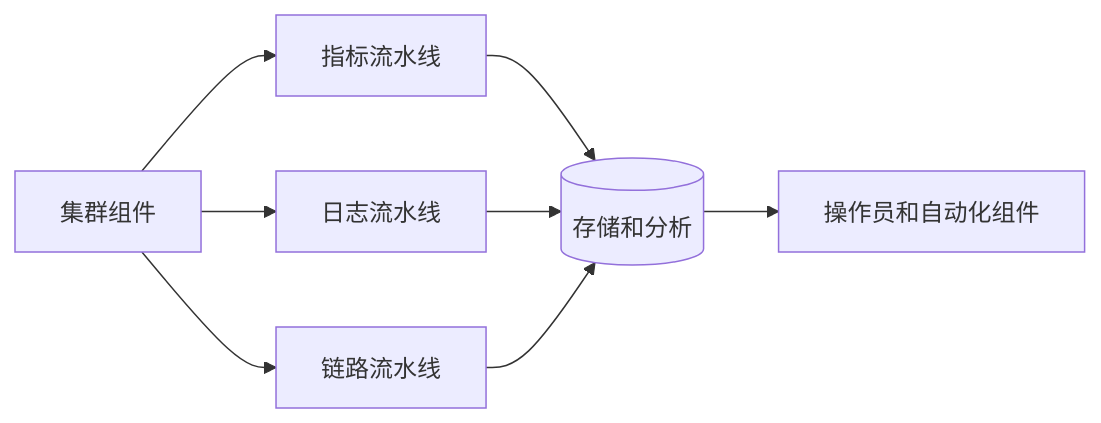
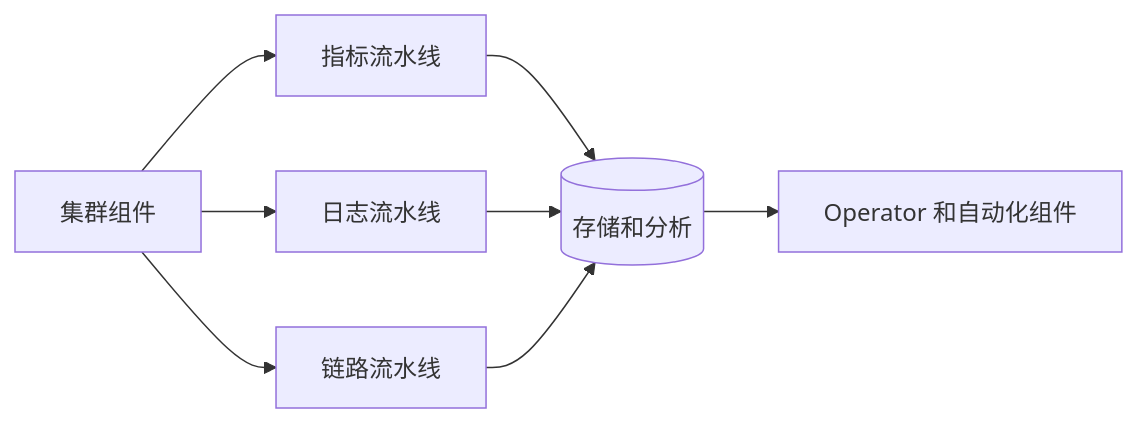
One commit to 365614269/CNCF-Graduated changed the first of 4 diagrams in modules/kubernetes/content/zh-cn/docs/concepts/cluster-administration/observability.md. Above: the diagram before and after it, drawn with Mermaid. The commit also changed other lines of this file and 202 other files, not shown here.

```diff
--- a/modules/kubernetes/content/zh-cn/docs/concepts/cluster-administration/observability.md
+++ b/modules/kubernetes/content/zh-cn/docs/concepts/cluster-administration/observability.md
@@ -58,11 +69,11 @@
 {{< mermaid >}}
 
 flowchart LR
     A[集群组件] --> M[指标流水线]
     A --> L[日志流水线]
     A --> T[链路流水线]
     M --> S[(存储和分析)]
     L --> S
     T --> S
-    S --> O[操作员和自动化组件]
+    S --> O[Operator 和自动化组件]
 {{< /mermaid >}}
```
